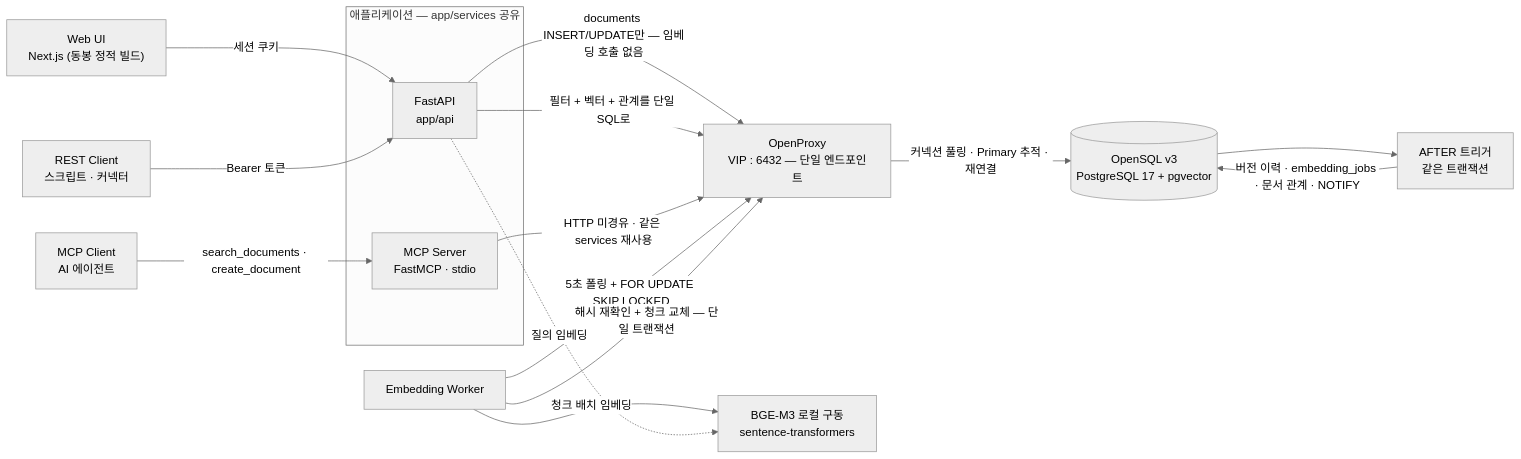
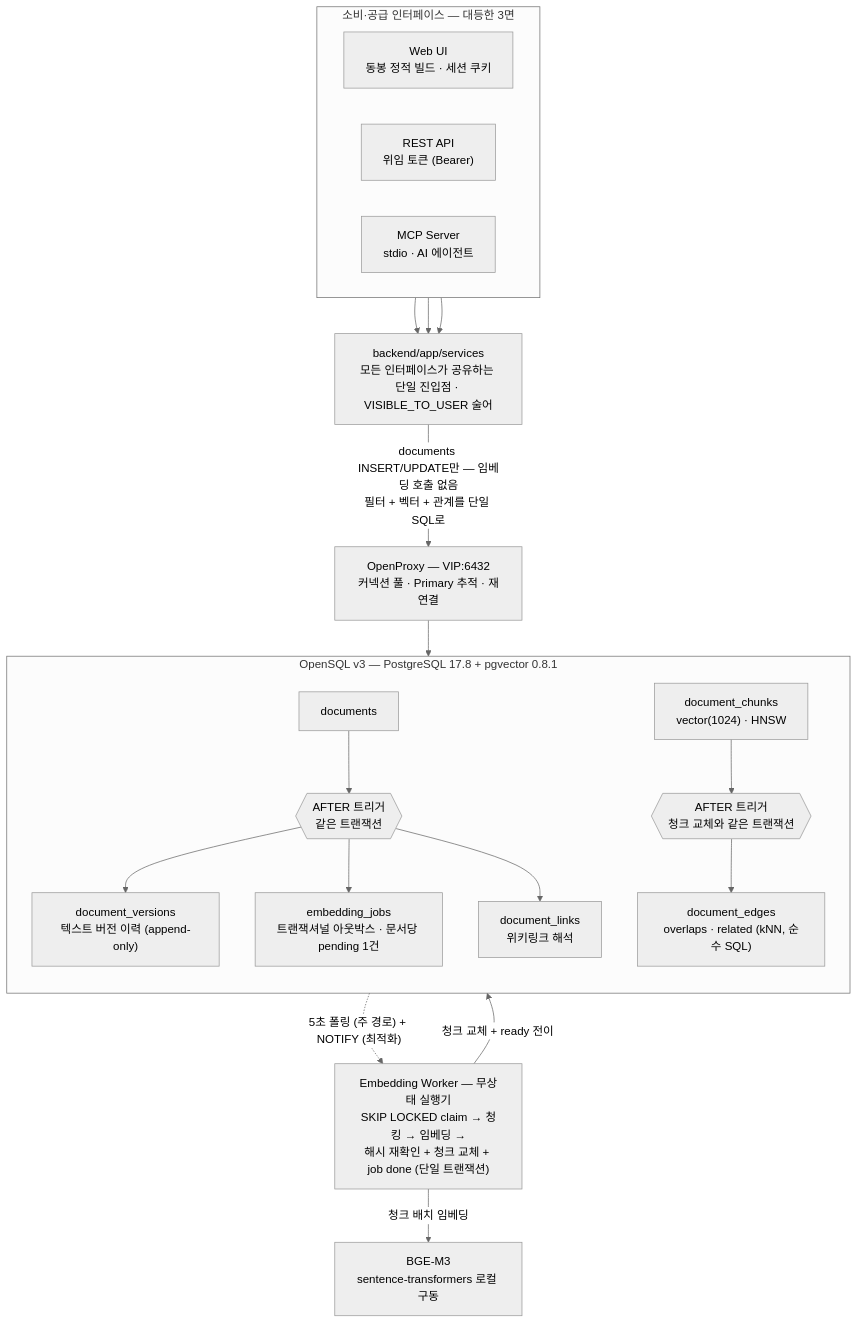
The diagram in README.md (jeongeundev/OpenArchive), drawn with Mermaid (neutral theme) before and after one commit. The commit also changed other lines of this file, not shown here.

Commit message:
docs(readme): 아키텍처 절을 DB 상자를 연 구성으로 바꾼다
인터페이스→API→DB→워커 상자 그림은 어느 팀이 그려도 같아 차별점이 화살표 라벨에 숨어
있었다. 결과보고서 §6과 같은 구성으로 — 다이어그램이 OpenSQL 안의 테이블·트리거(아웃박스,
청크 교체 트랜잭션의 관계 생성)를 노드로 드러내고, 책임의 경계 표·공급/파생/소비 흐름·
설계 결정 셋(폴링 주 경로·단일 SQL·볼 수 없는 문서)이 뒤따른다.

Claude-Session: https://claude.ai/code/session_01XaAoUNY5YVSuGF8sLaJqcD

````diff
--- a/README.md
+++ b/README.md
@@ -57,34 +57,42 @@
 ```mermaid
-flowchart LR
-    ui["Web UI<br/>Next.js (동봉 정적 빌드)"]
-    rest["REST Client<br/>스크립트 · 커넥터"]
-    mcpc["MCP Client<br/>AI 에이전트"]
-
-    subgraph svc["애플리케이션 — app/services 공유"]
-        api["FastAPI<br/>app/api"]
-        mcps["MCP Server<br/>FastMCP · stdio"]
+flowchart TB
+    subgraph iface["소비·공급 인터페이스 — 대등한 3면"]
+        direction LR
+        ui["Web UI<br/>동봉 정적 빌드 · 세션 쿠키"]
+        rest["REST API<br/>위임 토큰 (Bearer)"]
+        mcps["MCP Server<br/>stdio · AI 에이전트"]
     end
 
-    proxy["OpenProxy<br/>VIP : 6432 — 단일 엔드포인트"]
-    db[("OpenSQL v3<br/>PostgreSQL 17 + pgvector")]
-    trg["AFTER 트리거<br/>같은 트랜잭션"]
-    worker["Embedding Worker"]
-    model["BGE-M3 로컬 구동<br/>sentence-transformers"]
+    svc["backend/app/services<br/>모든 인터페이스가 공유하는 단일 진입점 · VISIBLE_TO_USER 술어"]
+    proxy["OpenProxy — VIP:6432<br/>커넥션 풀 · Primary 추적 · 재연결"]
 
-    ui -->|"세션 쿠키"| api
-    rest -->|"Bearer 토큰"| api
-    mcpc -->|"search_documents · create_document"| mcps
+    subgraph db["OpenSQL v3 — PostgreSQL 17.8 + pgvector 0.8.1"]
+        direction TB
+        docs["documents"]
+        trg1{{"AFTER 트리거<br/>같은 트랜잭션"}}
+        ver["document_versions<br/>텍스트 버전 이력 (append-only)"]
+        jobs["embedding_jobs<br/>트랜잭셔널 아웃박스 · 문서당 pending 1건"]
+        links["document_links<br/>위키링크 해석"]
+        chunks["document_chunks<br/>vector(1024) · HNSW"]
+        trg2{{"AFTER 트리거<br/>청크 교체와 같은 트랜잭션"}}
+        edges["document_edges<br/>overlaps · related (kNN, 순수 SQL)"]
 
-    api -->|"documents INSERT/UPDATE만 — 임베딩 호출 없음"| proxy
-    api -->|"필터 + 벡터 + 관계를 단일 SQL로"| proxy
-    mcps -->|"HTTP 미경유 · 같은 services 재사용"| proxy
+        docs --> trg1
+        trg1 --> ver
+        trg1 --> jobs
+        trg1 --> links
+        chunks --> trg2 --> edges
+    end
 
-    proxy -->|"커넥션 풀링 · Primary 추적 · 재연결"| db
-    db --> trg
-    trg -->|"버전 이력 · embedding_jobs · 문서 관계 · NOTIFY"| db
+    worker["Embedding Worker — 무상태 실행기<br/>SKIP LOCKED claim → 청킹 → 임베딩 →<br/>해시 재확인 + 청크 교체 + job done (단일 트랜잭션)"]
+    model["BGE-M3<br/>sentence-transformers 로컬 구동"]
 
-    worker -->|"5초 폴링 + FOR UPDATE SKIP LOCKED"| proxy
+    ui --> svc
+    rest --> svc
+    mcps --> svc
+    svc -->|"documents INSERT/UPDATE만 — 임베딩 호출 없음<br/>필터 + 벡터 + 관계를 단일 SQL로"| proxy
+    proxy --> db
+    jobs -.->|"5초 폴링 (주 경로) + NOTIFY (최적화)"| worker
     worker -->|"청크 배치 임베딩"| model
-    worker -->|"해시 재확인 + 청크 교체 — 단일 트랜잭션"| proxy
-    api -.->|"질의 임베딩"| model
+    worker -->|"청크 교체 + ready 전이"| chunks
 ```
````
